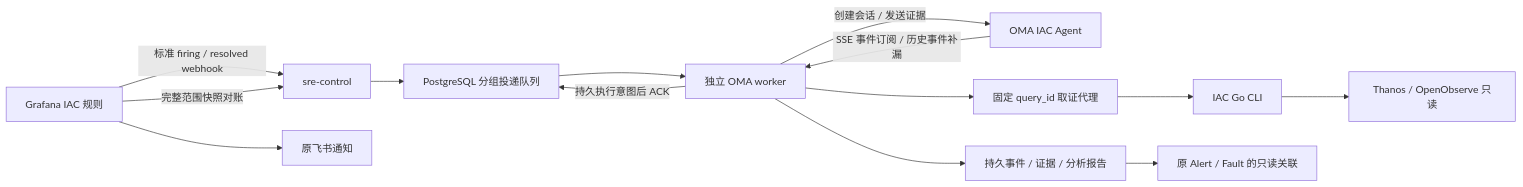
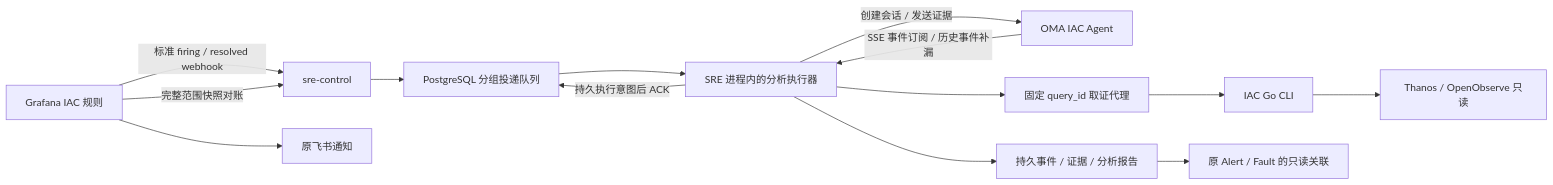
One commit to iluoxw/alert-system changed the diagram in docs/plans/2026-11-16-iac-oma-integration.md. Above: the diagram before and after it, drawn with Mermaid. The commit also changed other lines of this file and 3 other files, not shown here.

````diff
--- a/docs/plans/2026-11-16-iac-oma-integration.md
+++ b/docs/plans/2026-11-16-iac-oma-integration.md
@@ -16,16 +16,16 @@
 ```mermaid
 flowchart LR
   G[Grafana IAC 规则] -->|标准 firing / resolved webhook| S[sre-control]
   G -->|完整范围快照对账| S
   G --> F[原飞书通知]
   S --> Q[PostgreSQL 分组投递队列]
-  Q --> W[独立 OMA worker]
+  Q --> W[SRE 进程内的分析执行器]
   W -->|持久执行意图后 ACK| Q
   W -->|创建会话 / 发送证据| O[OMA IAC Agent]
   O -->|SSE 事件订阅 / 历史事件补漏| W
   W --> B[固定 query_id 取证代理]
   B --> C[IAC Go CLI]
   C --> D[Thanos / OpenObserve 只读]
   W --> R[持久事件 / 证据 / 分析报告]
   R --> A[原 Alert / Fault 的只读关联]
 ```
````
